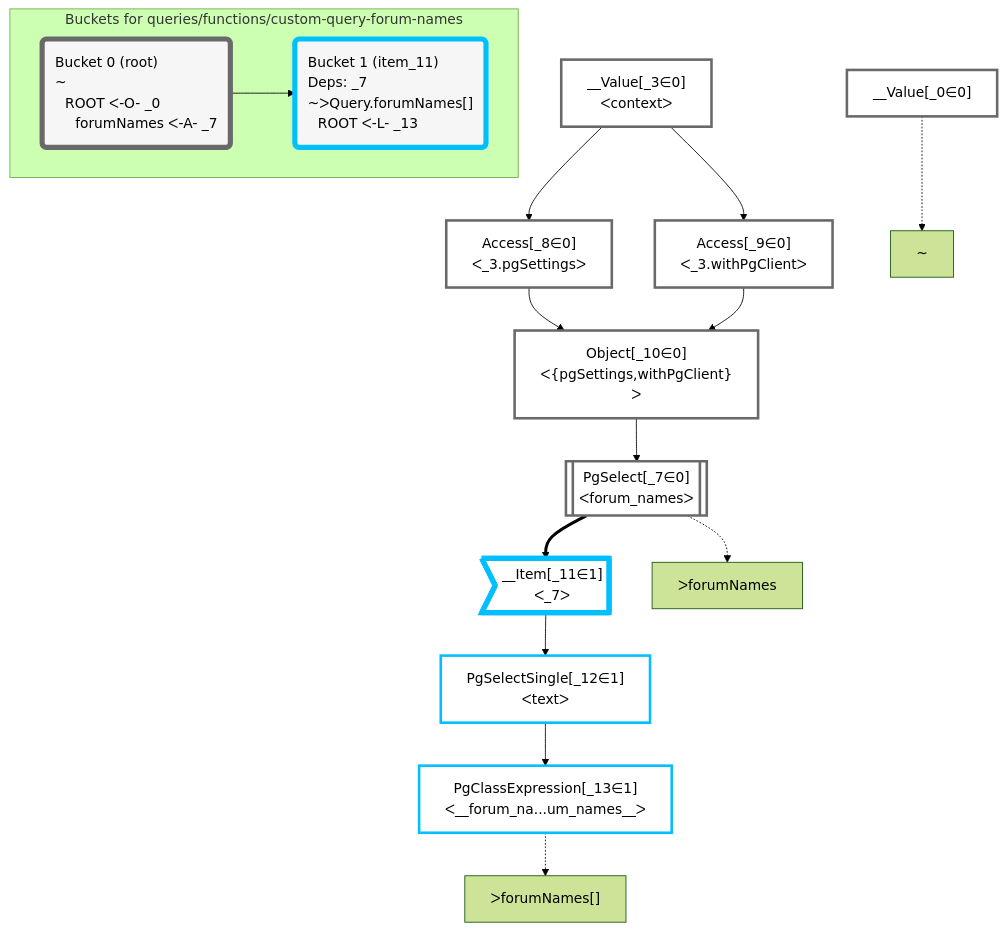
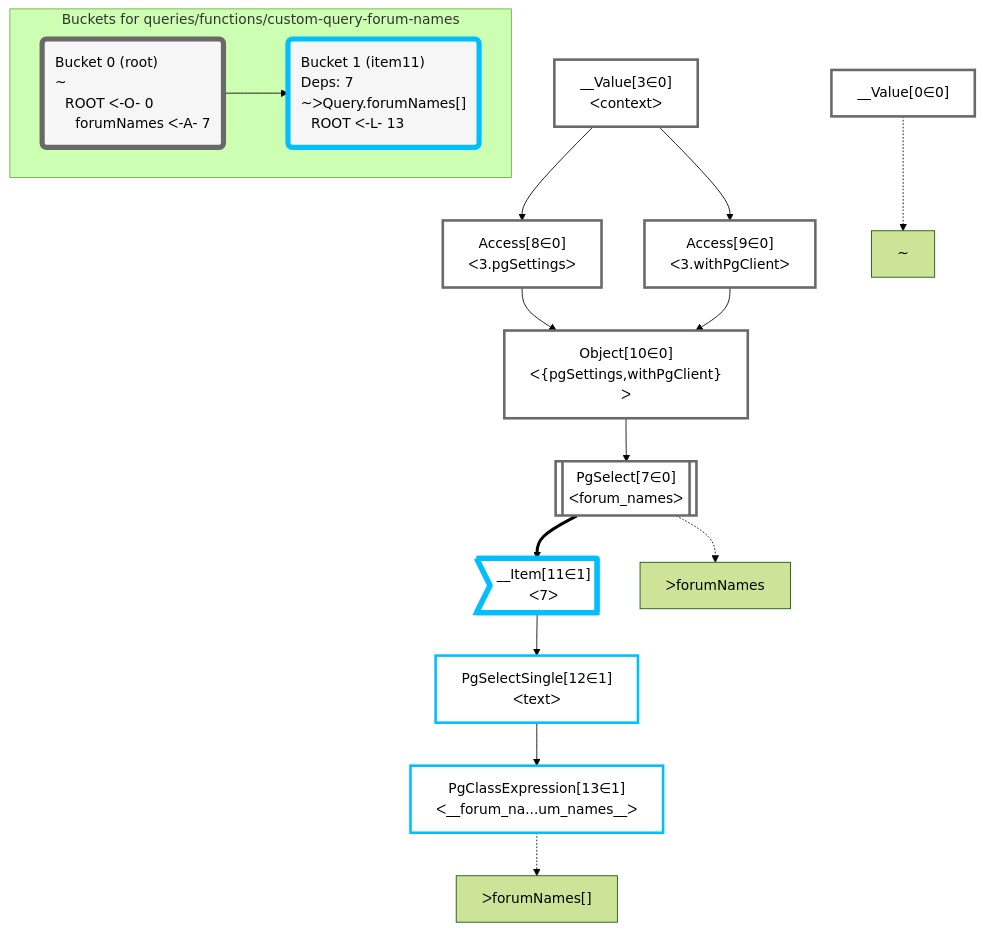
Before and after one commit to graphile/crystal: the diagram in packages/dataplan-pg/__tests__/queries/functions/custom-query-forum-names.deopt.mermaid.md, drawn with Mermaid (forest theme). The commit also changed 195 other files, not shown here.

````diff
--- a/packages/dataplan-pg/__tests__/queries/functions/custom-query-forum-names.deopt.mermaid.md
+++ b/packages/dataplan-pg/__tests__/queries/functions/custom-query-forum-names.deopt.mermaid.md
@@ -1,47 +1,47 @@
 ```mermaid
 graph TD
     classDef path fill:#eee,stroke:#000,color:#000
     classDef plan fill:#fff,stroke-width:3px,color:#000
     classDef itemplan fill:#fff,stroke-width:6px,color:#000
     classDef sideeffectplan fill:#f00,stroke-width:6px,color:#000
     classDef bucket fill:#f6f6f6,color:#000,stroke-width:6px,text-align:left
 
 
     %% define plans
-    __Value_0["__Value[_0∈0]"]:::plan
-    PgClassExpression_13["PgClassExpression[_13∈1]<br />ᐸ__forum_na...um_names__ᐳ"]:::plan
-    PgSelectSingle_12["PgSelectSingle[_12∈1]<br />ᐸtextᐳ"]:::plan
-    __Item_11>"__Item[_11∈1]<br />ᐸ_7ᐳ"]:::itemplan
-    PgSelect_7[["PgSelect[_7∈0]<br />ᐸforum_namesᐳ"]]:::plan
-    Object_10["Object[_10∈0]<br />ᐸ{pgSettings,withPgClient}ᐳ"]:::plan
-    Access_8["Access[_8∈0]<br />ᐸ_3.pgSettingsᐳ"]:::plan
-    Access_9["Access[_9∈0]<br />ᐸ_3.withPgClientᐳ"]:::plan
-    __Value_3["__Value[_3∈0]<br />ᐸcontextᐳ"]:::plan
+    __Value0["__Value[0∈0]"]:::plan
+    PgClassExpression13["PgClassExpression[13∈1]<br />ᐸ__forum_na...um_names__ᐳ"]:::plan
+    PgSelectSingle12["PgSelectSingle[12∈1]<br />ᐸtextᐳ"]:::plan
+    __Item11>"__Item[11∈1]<br />ᐸ7ᐳ"]:::itemplan
+    PgSelect7[["PgSelect[7∈0]<br />ᐸforum_namesᐳ"]]:::plan
+    Object10["Object[10∈0]<br />ᐸ{pgSettings,withPgClient}ᐳ"]:::plan
+    Access8["Access[8∈0]<br />ᐸ3.pgSettingsᐳ"]:::plan
+    Access9["Access[9∈0]<br />ᐸ3.withPgClientᐳ"]:::plan
+    __Value3["__Value[3∈0]<br />ᐸcontextᐳ"]:::plan
 
     %% plan dependencies
-    PgSelectSingle_12 --> PgClassExpression_13
-    __Item_11 --> PgSelectSingle_12
-    PgSelect_7 ==> __Item_11
-    Object_10 --> PgSelect_7
-    Access_8 & Access_9 --> Object_10
-    __Value_3 --> Access_8
-    __Value_3 --> Access_9
+    PgSelectSingle12 --> PgClassExpression13
+    __Item11 --> PgSelectSingle12
+    PgSelect7 ==> __Item11
+    Object10 --> PgSelect7
+    Access8 & Access9 --> Object10
+    __Value3 --> Access8
+    __Value3 --> Access9
 
     %% plan-to-path relationships
-    P_0["~"]
-    __Value_0 -.-> P_0
-    P_7["ᐳforumNames"]
-    PgSelect_7 -.-> P_7
-    P_13["ᐳforumNames[]"]
-    PgClassExpression_13 -.-> P_13
+    P0["~"]
+    __Value0 -.-> P0
+    P7["ᐳforumNames"]
+    PgSelect7 -.-> P7
+    P13["ᐳforumNames[]"]
+    PgClassExpression13 -.-> P13
 
     subgraph "Buckets for queries/functions/custom-query-forum-names"
-    Bucket0("Bucket 0 (root)<br />~<br />⠀ROOT ᐸ-O- _0<br />⠀⠀forumNames ᐸ-A- _7"):::bucket
+    Bucket0("Bucket 0 (root)<br />~<br />⠀ROOT ᐸ-O- 0<br />⠀⠀forumNames ᐸ-A- 7"):::bucket
     classDef bucket0 stroke:#696969
-    class Bucket0,__Value_0,__Value_3,PgSelect_7,Access_8,Access_9,Object_10 bucket0
-    Bucket1("Bucket 1 (item_11)<br />Deps: _7<br />~ᐳQuery.forumNames[]<br />⠀ROOT ᐸ-L- _13"):::bucket
+    class Bucket0,__Value0,__Value3,PgSelect7,Access8,Access9,Object10 bucket0
+    Bucket1("Bucket 1 (item11)<br />Deps: 7<br />~ᐳQuery.forumNames[]<br />⠀ROOT ᐸ-L- 13"):::bucket
     classDef bucket1 stroke:#00bfff
-    class Bucket1,__Item_11,PgSelectSingle_12,PgClassExpression_13 bucket1
+    class Bucket1,__Item11,PgSelectSingle12,PgClassExpression13 bucket1
     Bucket0 --> Bucket1
     end
 ```
````
